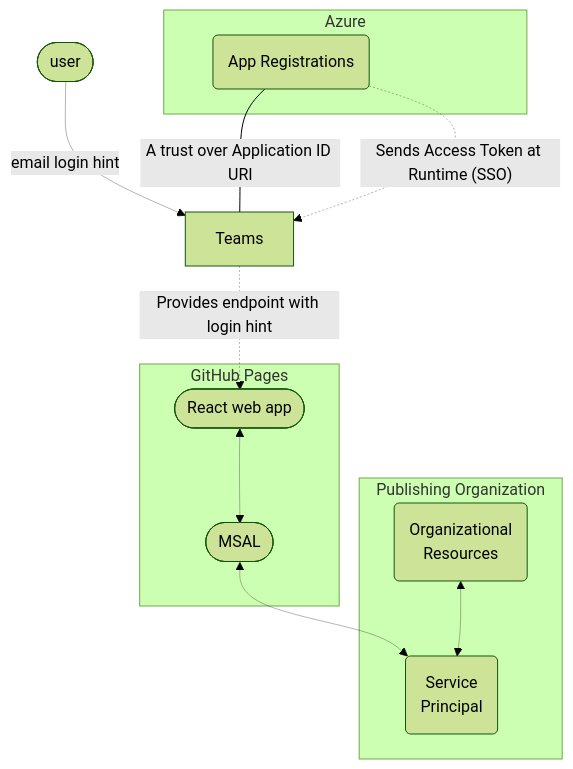
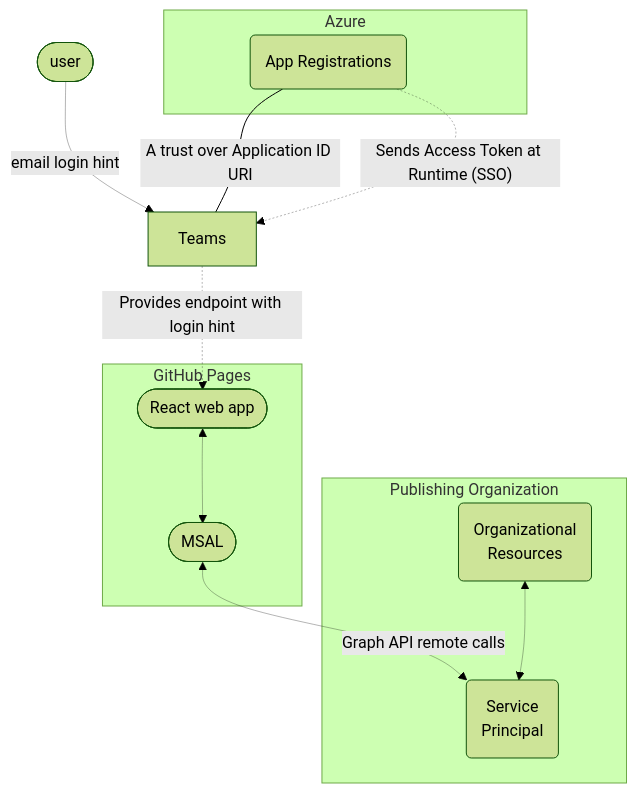
Before and after one commit to CynicDog/CynicDog.github.io: the second of 3 diagrams in _posts/2024-08-05-azure-entra-in-spa.md, drawn with Mermaid (forest theme). The commit also changed other lines of this file, not shown here.

````diff
--- a/_posts/2024-08-05-azure-entra-in-spa.md
+++ b/_posts/2024-08-05-azure-entra-in-spa.md
@@ -304,29 +304,29 @@
 ```mermaid
 flowchart TD
     subgraph Azure 
         A(App Registrations) 
     end 
     
     B[Teams]
     
     subgraph GitHub Pages
         C([React web app])
         D([MSAL])
     end 
 
     subgraph Publishing Organization 
         E(Organizational \nResources)
         F(Service \nPrincipal)
     end 
 
     G([user]) --> |email login hint|B
 
     A --- |A trust over Application ID URI|B
     A -. Sends Access Token at Runtime (SSO) .-> B
     B -. Provides endpoint with login hint .-> C
     C <--> D
-    D <--> F
+    D <-- Graph API remote calls --> F
     E <--> F
     
     linkStyle 0,2,3,4,5,6 stroke-width:.3px;
 ```
````
